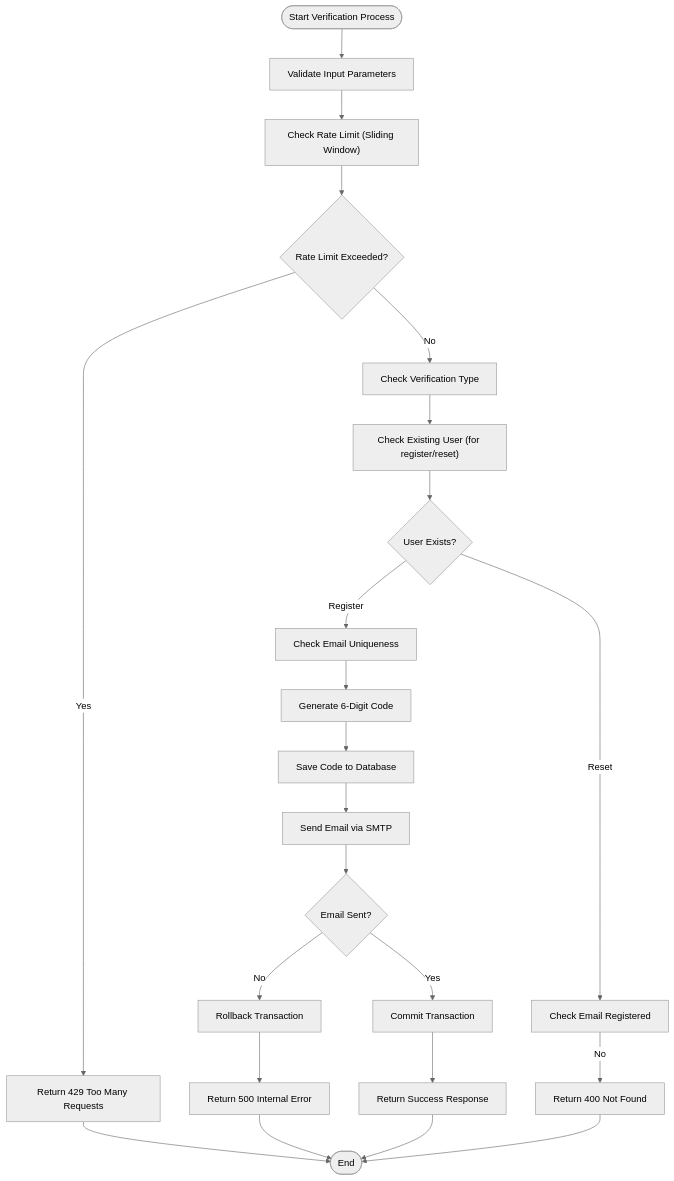
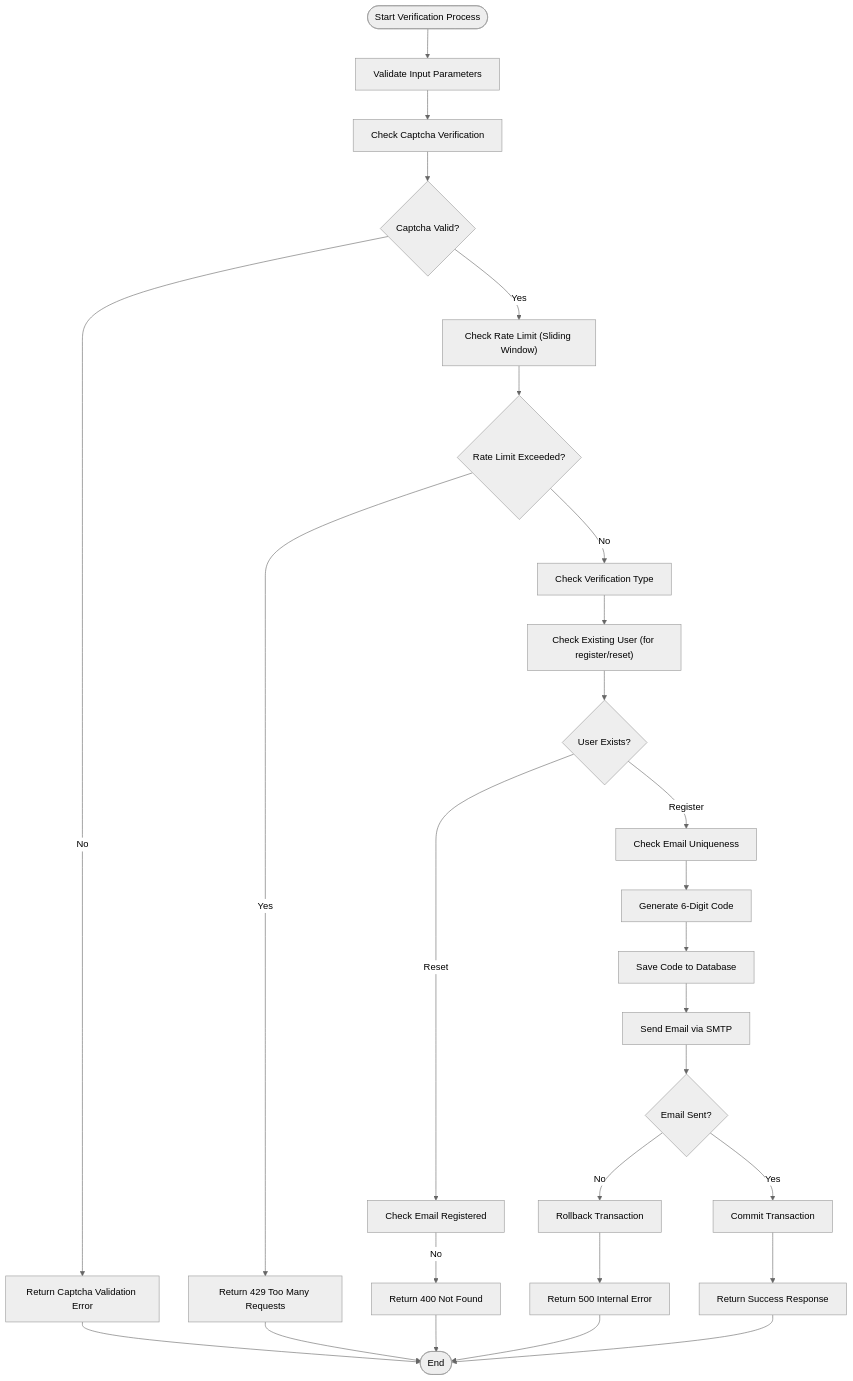
One commit to rainRise/aidiary changed the fifth of 5 diagrams in .qoder/repowiki/en/content/Backend System/API Endpoints Reference/Authentication Endpoints.md. Above: the diagram before and after it, drawn with Mermaid (neutral theme). The commit also changed other lines of this file and 16 other files, not shown here.

````diff
--- a/.qoder/repowiki/en/content/Backend System/API Endpoints Reference/Authentication Endpoints.md
+++ b/.qoder/repowiki/en/content/Backend System/API Endpoints Reference/Authentication Endpoints.md
@@ -738,25 +928,29 @@
 ```mermaid
 flowchart TD
 Start([Start Verification Process]) --> ValidateInput["Validate Input Parameters"]
-ValidateInput --> CheckRateLimit["Check Rate Limit (Sliding Window)"]
+ValidateInput --> CheckCaptcha["Check Captcha Verification"]
+CheckCaptcha --> CaptchaValid{"Captcha Valid?"}
+CaptchaValid --> |No| ReturnCaptchaError["Return Captcha Validation Error"]
+CaptchaValid --> |Yes| CheckRateLimit["Check Rate Limit (Sliding Window)"]
 CheckRateLimit --> RateExceeded{"Rate Limit Exceeded?"}
 RateExceeded --> |Yes| ReturnRateError["Return 429 Too Many Requests"]
 RateExceeded --> |No| CheckUserType["Check Verification Type"]
 CheckUserType --> CheckExistingUser["Check Existing User (for register/reset)"]
 CheckExistingUser --> UserExists{"User Exists?"}
 UserExists --> |Register| CheckEmailUnique["Check Email Uniqueness"]
 UserExists --> |Reset| CheckEmailExists["Check Email Registered"]
 CheckEmailExists --> |No| ReturnNotFound["Return 400 Not Found"]
 CheckEmailUnique --> GenerateCode["Generate 6-Digit Code"]
 GenerateCode --> SaveToDB["Save Code to Database"]
 SaveToDB --> SendEmail["Send Email via SMTP"]
 SendEmail --> EmailSuccess{"Email Sent?"}
 EmailSuccess --> |No| RollbackDB["Rollback Transaction"]
 RollbackDB --> ReturnEmailError["Return 500 Internal Error"]
 EmailSuccess --> |Yes| CommitDB["Commit Transaction"]
 CommitDB --> ReturnSuccess["Return Success Response"]
-ReturnNotFound --> End([End])
+ReturnCaptchaError --> End([End])
 ReturnRateError --> End
+ReturnNotFound --> End
 ReturnEmailError --> End
 ReturnSuccess --> End
 ```
````
